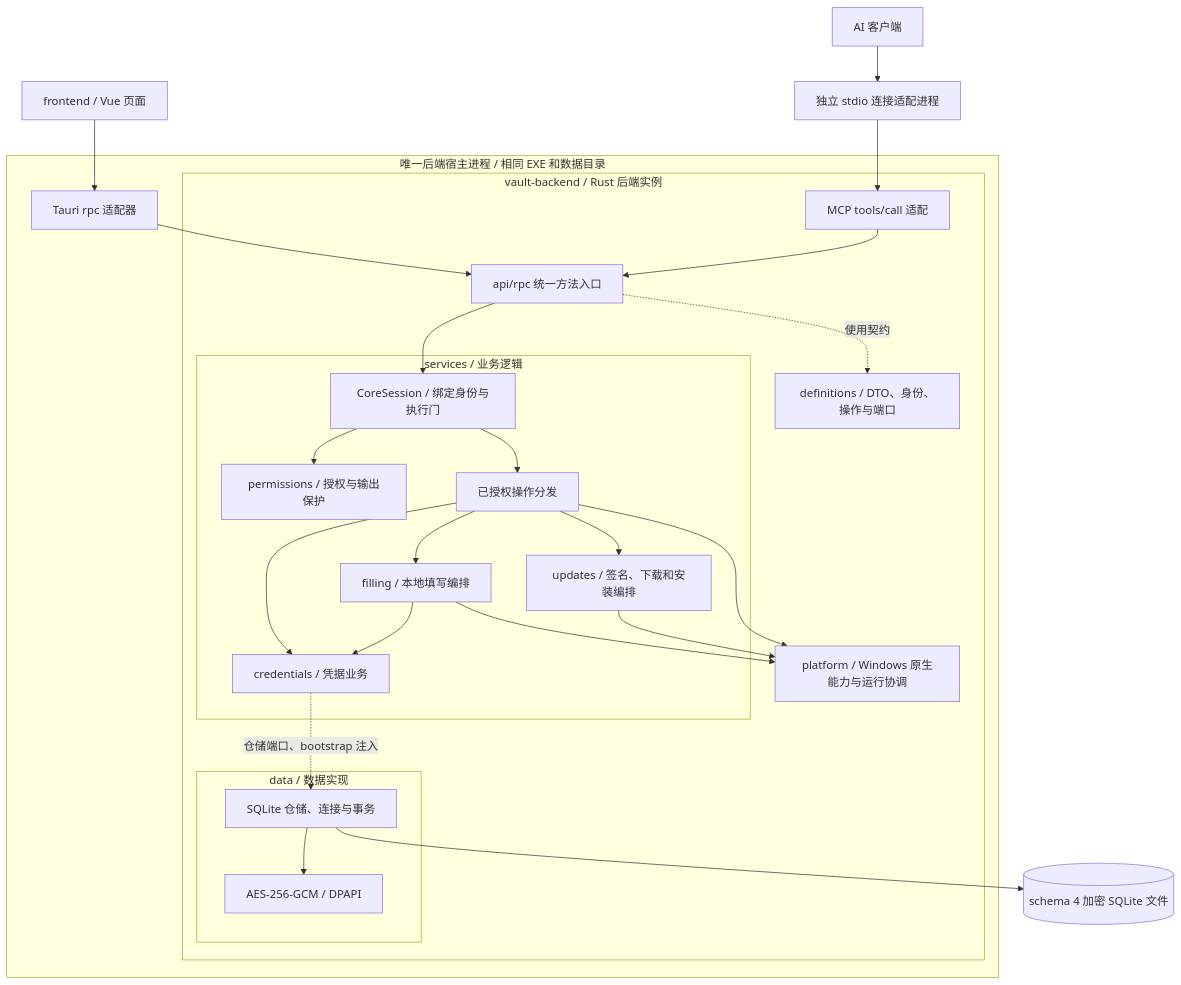
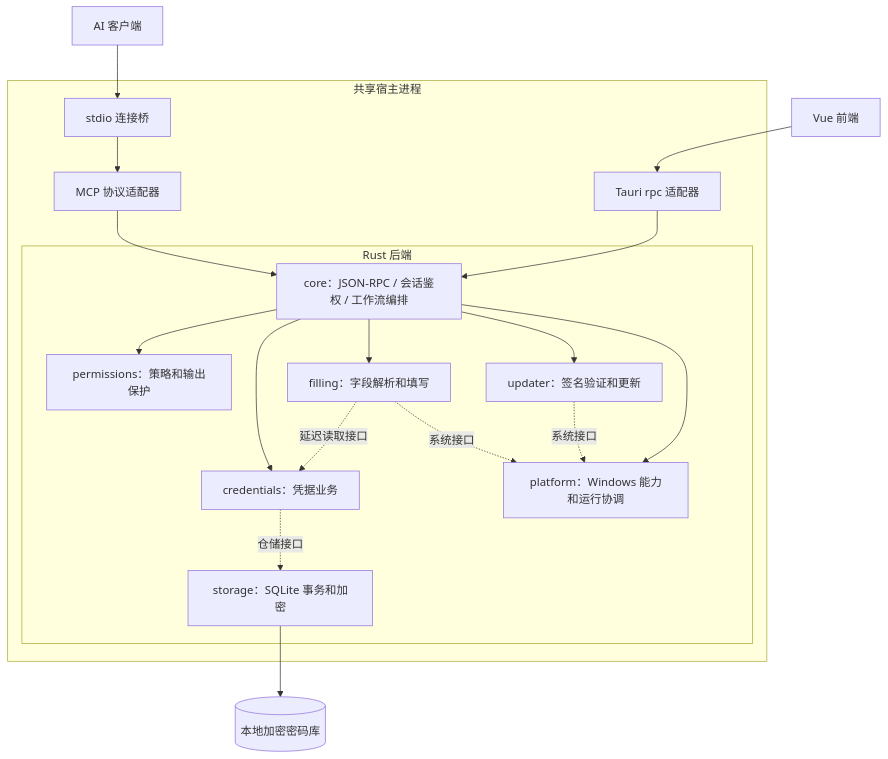
The diagram in docs/ARCHITECTURE.md (panda-student/vault), drawn with Mermaid before and after one commit. The commit also changed other lines of this file and 5 other files, not shown here.

````diff
--- a/docs/ARCHITECTURE.md
+++ b/docs/ARCHITECTURE.md
@@ -5,46 +5,23 @@
 ```mermaid
 flowchart TD
-  UI[frontend / Vue 页面]
-  AI[AI 客户端]
-  Bridge[独立 stdio 连接适配进程]
-  DB[(schema 4 加密 SQLite 文件)]
-  subgraph Host[唯一后端宿主进程 / 相同 EXE 和数据目录]
-    IPC[Tauri rpc 适配器]
-    subgraph Backend[vault-backend / Rust 后端实例]
-      MCP[MCP tools/call 适配]
-      RPC[api/rpc 统一方法入口]
-      Contracts[definitions / DTO、身份、操作与端口]
-      subgraph Services[services / 业务逻辑]
-        Session[CoreSession / 绑定身份与执行门]
-        Policy[permissions / 授权与输出保护]
-        Dispatch[已授权操作分发]
-        Credentials[credentials / 凭据业务]
-        Filling[filling / 本地填写编排]
-        Updates[updates / 签名、下载和安装编排]
-      end
-      subgraph Data[data / 数据实现]
-        Repo[SQLite 仓储、连接与事务]
-        Encryption[AES-256-GCM / DPAPI]
-      end
-      Windows[platform / Windows 原生能力与运行协调]
+  UI[Vue 前端] --> Tauri[Tauri rpc 适配器]
+  AI[AI 客户端] --> Bridge[stdio 连接桥]
+  subgraph Host[共享宿主进程]
+    Tauri --> Core
+    Bridge --> MCP[MCP 协议适配器]
+    MCP --> Core
+    subgraph Rust[Rust 后端]
+      Core[core：JSON-RPC / 会话鉴权 / 工作流编排]
+      Core --> Permission[permissions：策略和输出保护]
+      Core --> Credential[credentials：凭据业务]
+      Core --> Filling[filling：字段解析和填写]
+      Core --> Update[updater：签名验证和更新]
+      Core --> Platform[platform：Windows 能力和运行协调]
+      Credential -. 仓储接口 .-> Storage[storage：SQLite 事务和加密]
+      Filling -. 延迟读取接口 .-> Credential
+      Filling -. 系统接口 .-> Platform
+      Update -. 系统接口 .-> Platform
     end
   end
-  UI --> IPC
-  AI --> Bridge --> MCP
-  IPC --> RPC
-  MCP --> RPC
-  RPC --> Session
-  RPC -. 使用契约 .-> Contracts
-  Session --> Policy
-  Session --> Dispatch
-  Dispatch --> Credentials
-  Dispatch --> Filling
-  Dispatch --> Updates
-  Dispatch --> Windows
-  Filling --> Credentials
-  Filling --> Windows
-  Updates --> Windows
-  Credentials -. 仓储端口、bootstrap 注入 .-> Repo
-  Repo --> Encryption
-  Repo --> DB
+  Storage --> DB[(本地加密密码库)]
 ```
````
